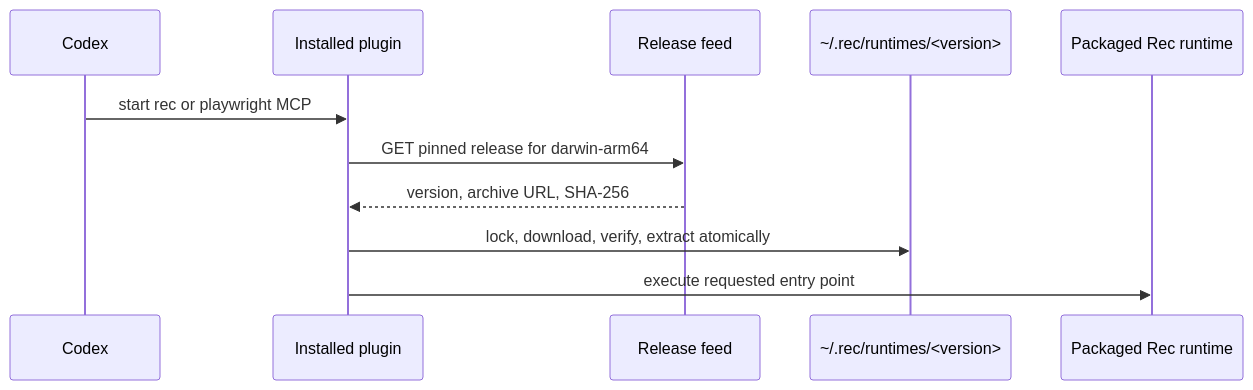
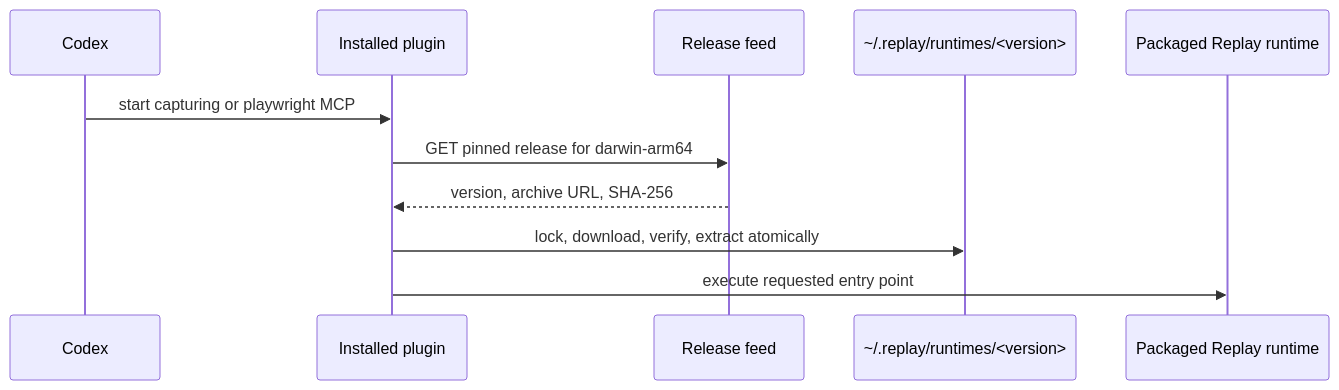
The fifth of 5 diagrams in ARCHITECTURE.md (that-one-arab/replay), drawn with Mermaid before and after one commit. The commit also changed other lines of this file and 103 other files, not shown here.

First line of the commit message:
Rebrand the app from Rec to Replay

````diff
--- a/ARCHITECTURE.md
+++ b/ARCHITECTURE.md
@@ -356,14 +356,14 @@
 ```mermaid
 sequenceDiagram
   participant Codex
   participant Plugin as Installed plugin
   participant Feed as Release feed
-  participant Disk as ~/.rec/runtimes/<version>
-  participant Runtime as Packaged Rec runtime
+  participant Disk as ~/.replay/runtimes/<version>
+  participant Runtime as Packaged Replay runtime
 
-  Codex->>Plugin: start rec or playwright MCP
+  Codex->>Plugin: start capturing or playwright MCP
   Plugin->>Feed: GET pinned release for darwin-arm64
   Feed-->>Plugin: version, archive URL, SHA-256
   Plugin->>Disk: lock, download, verify, extract atomically
   Plugin->>Runtime: execute requested entry point
 ```
````
